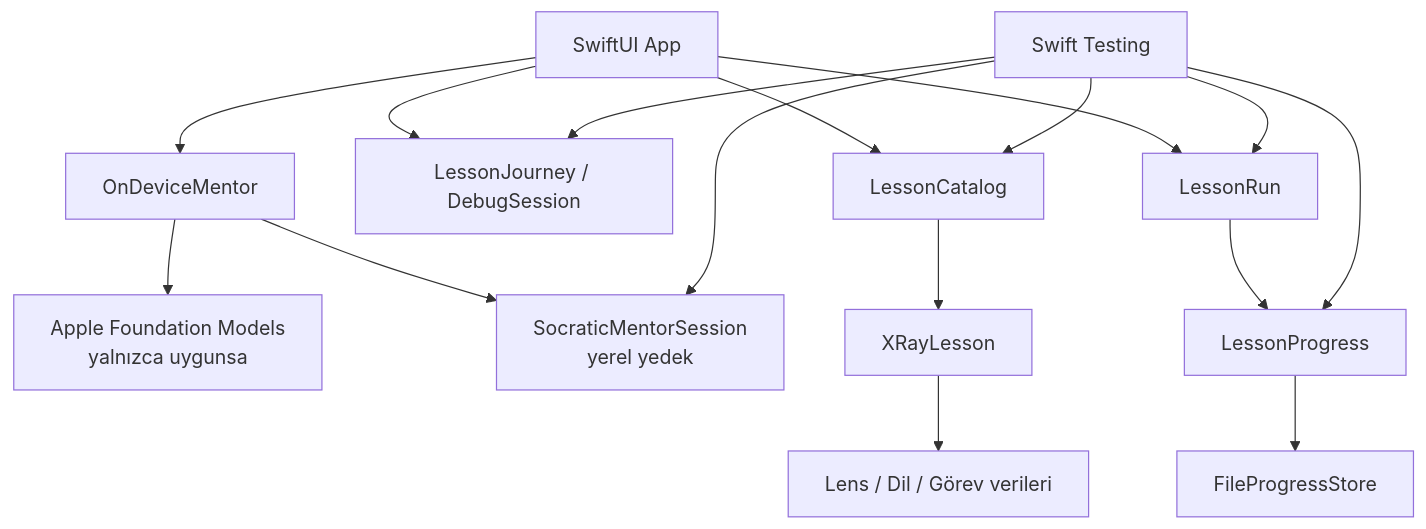
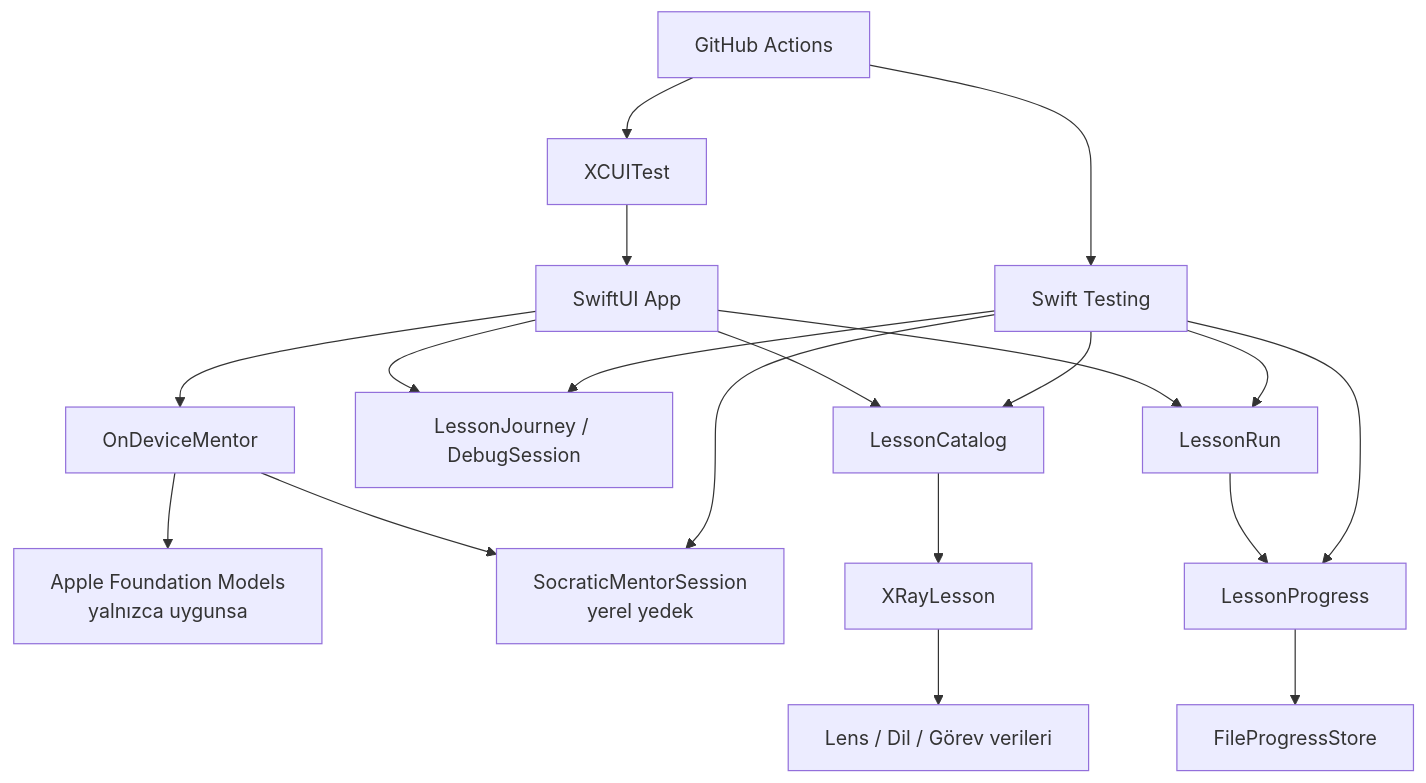
One commit to ataanuysal/softgrillmeapp changed the fourth of 4 diagrams in DESIGN.md. Above: the diagram before and after it, drawn with Mermaid. The commit also changed other lines of this file and 27 other files, not shown here.

Commit message:
Deepen learning flow and measurement quality

````diff
--- a/DESIGN.md
+++ b/DESIGN.md
@@ -172,18 +186,21 @@
 ```mermaid
 flowchart TD
   UI["SwiftUI App"] --> Catalog["LessonCatalog"]
   UI --> Journey["LessonJourney / DebugSession"]
   UI --> Run["LessonRun"]
   UI --> Mentor["OnDeviceMentor"]
   Mentor --> FM["Apple Foundation Models<br/>yalnızca uygunsa"]
   Mentor --> Local["SocraticMentorSession<br/>yerel yedek"]
   Run --> Progress["LessonProgress"]
   Progress --> Store["FileProgressStore"]
   Catalog --> Lesson["XRayLesson"]
   Lesson --> Lens["Lens / Dil / Görev verileri"]
   Tests["Swift Testing"] --> Catalog
   Tests --> Journey
   Tests --> Run
   Tests --> Progress
   Tests --> Local
+  UITests["XCUITest"] --> UI
+  CI["GitHub Actions"] --> Tests
+  CI --> UITests
 ```
````
